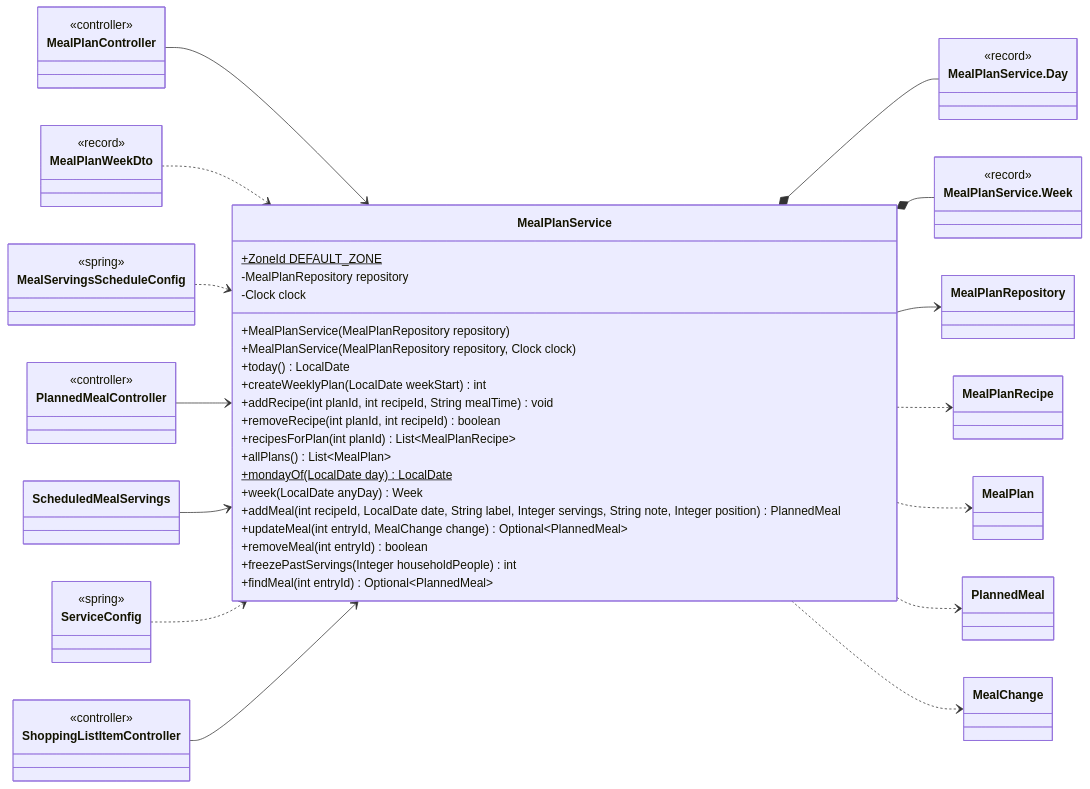
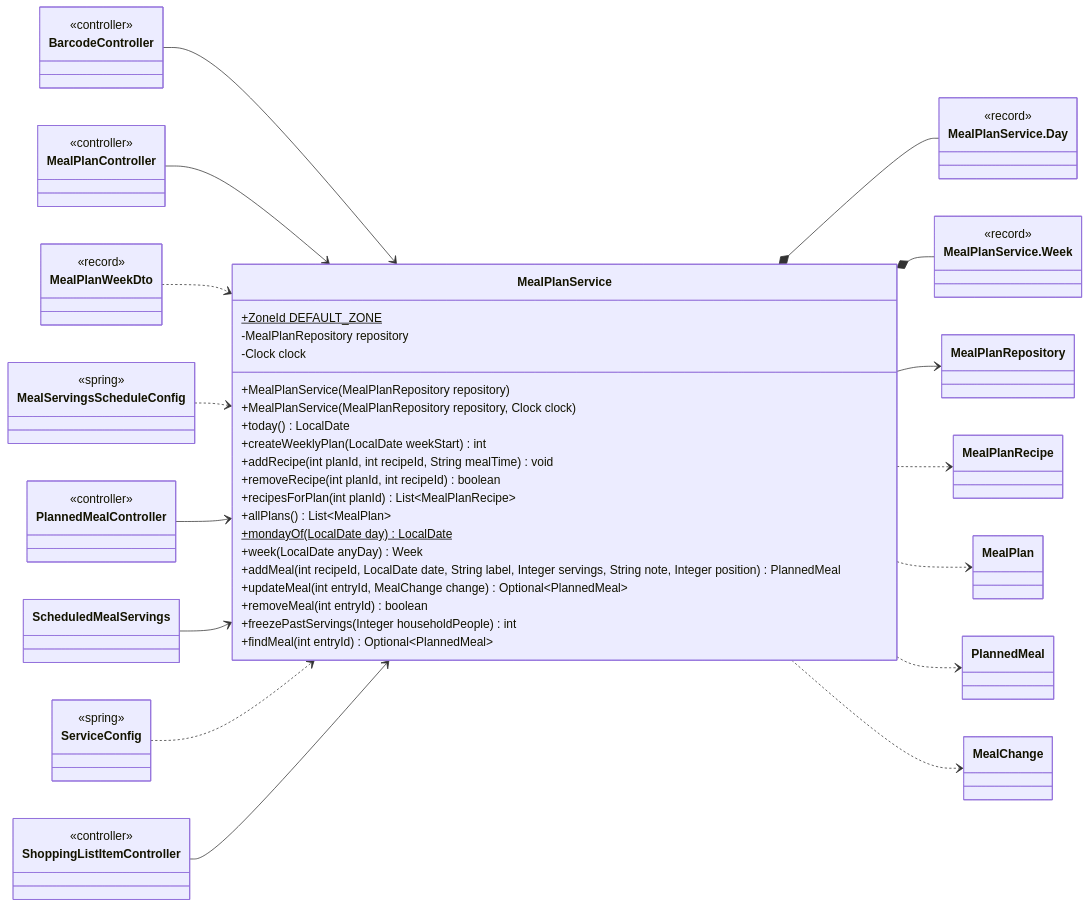
One commit to Nate-ryan-7690/dahaem changed the sixth of 26 diagrams in docs/classes/mealplanner.md. Above: the diagram before and after it, drawn with Mermaid. The commit also changed other lines of this file and 7 other files, not shown here.

````diff
--- a/docs/classes/mealplanner.md
+++ b/docs/classes/mealplanner.md
@@ -368,68 +368,72 @@
 ```mermaid
 classDiagram
     direction LR
     class mealplanner_MealPlanService["MealPlanService"] {
         +ZoneId DEFAULT_ZONE$
         -MealPlanRepository repository
         -Clock clock
         +MealPlanService(MealPlanRepository repository)
         +MealPlanService(MealPlanRepository repository, Clock clock)
         +today() LocalDate
         +createWeeklyPlan(LocalDate weekStart) int
         +addRecipe(int planId, int recipeId, String mealTime) void
         +removeRecipe(int planId, int recipeId) boolean
         +recipesForPlan(int planId) List~MealPlanRecipe~
         +allPlans() List~MealPlan~
         +mondayOf(LocalDate day) LocalDate$
         +week(LocalDate anyDay) Week
         +addMeal(int recipeId, LocalDate date, String label, Integer servings, String note, Integer position) PlannedMeal
         +updateMeal(int entryId, MealChange change) Optional~PlannedMeal~
         +removeMeal(int entryId) boolean
         +freezePastServings(Integer householdPeople) int
         +findMeal(int entryId) Optional~PlannedMeal~
     }
     class mealplanner_MealPlanService_Day["MealPlanService.Day"] {
         <<record>>
     }
     class mealplanner_MealPlanService_Week["MealPlanService.Week"] {
         <<record>>
     }
     class mealplanner_MealPlanRepository["MealPlanRepository"]
+    class api_BarcodeController["BarcodeController"] {
+        <<controller>>
+    }
     class api_MealPlanController["MealPlanController"] {
         <<controller>>
     }
     class api_PlannedMealController["PlannedMealController"] {
         <<controller>>
     }
     class api_ScheduledMealServings["ScheduledMealServings"]
     class api_ShoppingListItemController["ShoppingListItemController"] {
         <<controller>>
     }
     class mealplanner_MealPlanRecipe["MealPlanRecipe"]
     class mealplanner_MealPlan["MealPlan"]
     class mealplanner_PlannedMeal["PlannedMeal"]
     class mealplanner_MealChange["MealChange"]
     class api_MealPlanWeekDto["MealPlanWeekDto"] {
         <<record>>
     }
     class api_MealServingsScheduleConfig["MealServingsScheduleConfig"] {
         <<spring>>
     }
     class api_ServiceConfig["ServiceConfig"] {
         <<spring>>
     }
     mealplanner_MealPlanService *-- mealplanner_MealPlanService_Day
     mealplanner_MealPlanService *-- mealplanner_MealPlanService_Week
     mealplanner_MealPlanService --> mealplanner_MealPlanRepository
     mealplanner_MealPlanService ..> mealplanner_MealPlanRecipe
     mealplanner_MealPlanService ..> mealplanner_MealPlan
     mealplanner_MealPlanService ..> mealplanner_PlannedMeal
     mealplanner_MealPlanService ..> mealplanner_MealChange
+    api_BarcodeController --> mealplanner_MealPlanService
     api_MealPlanController --> mealplanner_MealPlanService
     api_MealPlanWeekDto ..> mealplanner_MealPlanService
     api_MealServingsScheduleConfig ..> mealplanner_MealPlanService
     api_PlannedMealController --> mealplanner_MealPlanService
     api_ScheduledMealServings --> mealplanner_MealPlanService
     api_ServiceConfig ..> mealplanner_MealPlanService
     api_ShoppingListItemController --> mealplanner_MealPlanService
 ```
````
